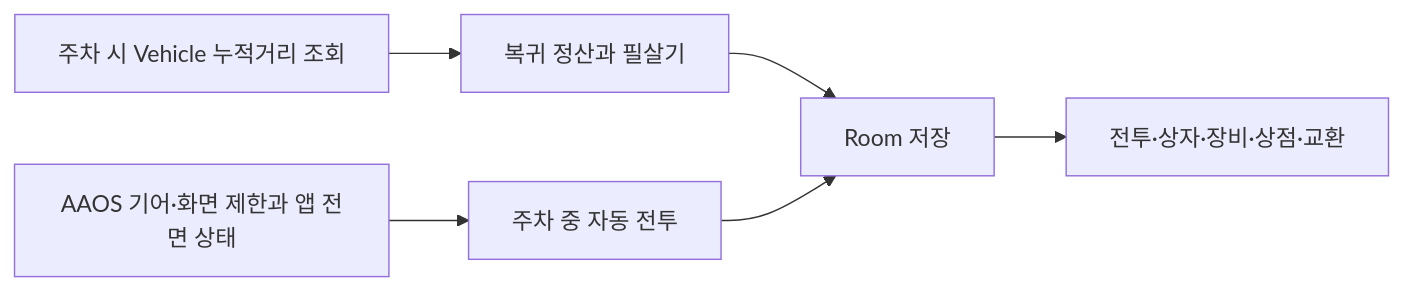
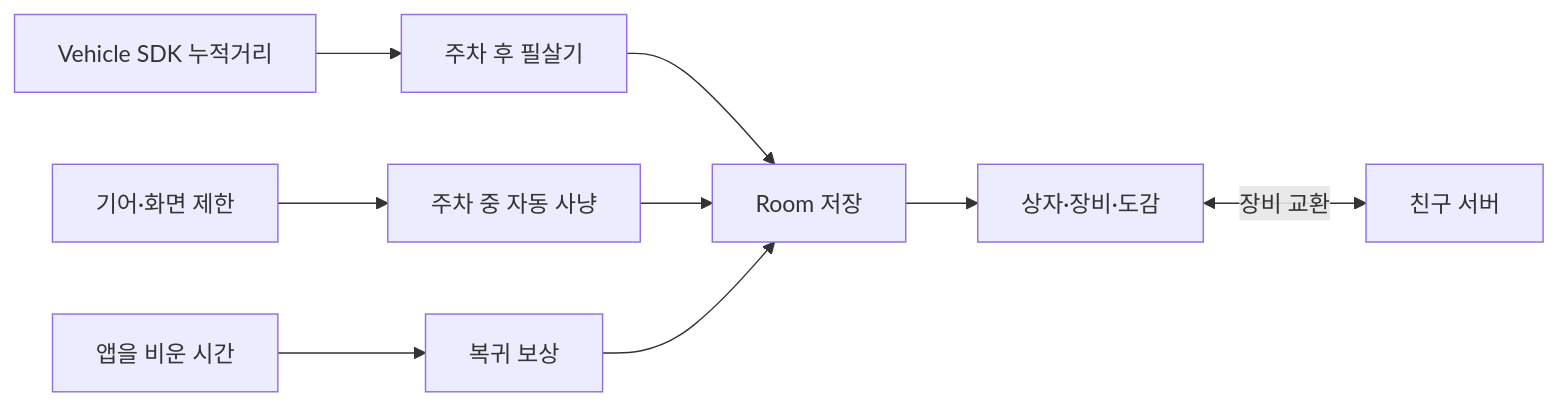
The diagram in README.md (Daeho-AI/pleos-expedition-boss), drawn with Mermaid before and after one commit. The commit also changed other lines of this file and 11 other files, not shown here.

````diff
--- a/README.md
+++ b/README.md
@@ -141,8 +29,11 @@
 ```mermaid
 flowchart LR
-    A[주차 시 Vehicle 누적거리 조회] --> G[복귀 정산과 필살기]
-    B[AAOS 기어·화면 제한과 앱 전면 상태] --> C[주차 중 자동 전투]
-    G --> D[Room 저장]
-    C --> D[Room 저장]
-    D --> E[전투·상자·장비·상점·교환]
+  V[Vehicle SDK 누적거리] --> R[주차 후 필살기]
+  A[기어·화면 제한] --> P[주차 중 자동 사냥]
+  T[앱을 비운 시간] --> B[복귀 보상]
+  R --> S[Room 저장]
+  P --> S
+  B --> S
+  S --> G[상자·장비·도감]
+  G <-->|장비 교환| F[친구 서버]
 ```
````
